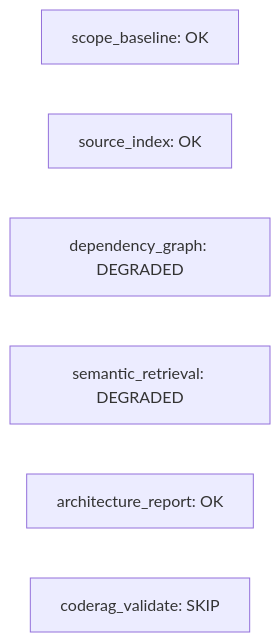
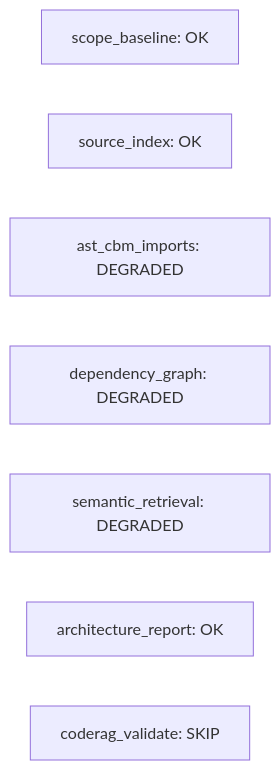
Before and after one commit to scl2bp/refactor_cli: the first of 7 diagrams in .refactor/analysis/candidates/report.md, drawn with Mermaid. The commit also changed other lines of this file and 3 other files, not shown here.

Commit message:
Enhance candidate report and refactoring plan with AST/CBM import comparison and documentation updates

````diff
--- a/.refactor/analysis/candidates/report.md
+++ b/.refactor/analysis/candidates/report.md
@@ -41,9 +42,10 @@
 ```mermaid
 flowchart LR
   scope_baseline["scope_baseline: OK"]
   source_index["source_index: OK"]
+  ast_cbm_imports["ast_cbm_imports: DEGRADED"]
   dependency_graph["dependency_graph: DEGRADED"]
   semantic_retrieval["semantic_retrieval: DEGRADED"]
   architecture_report["architecture_report: OK"]
   coderag_validate["coderag_validate: SKIP"]
 ```
````
